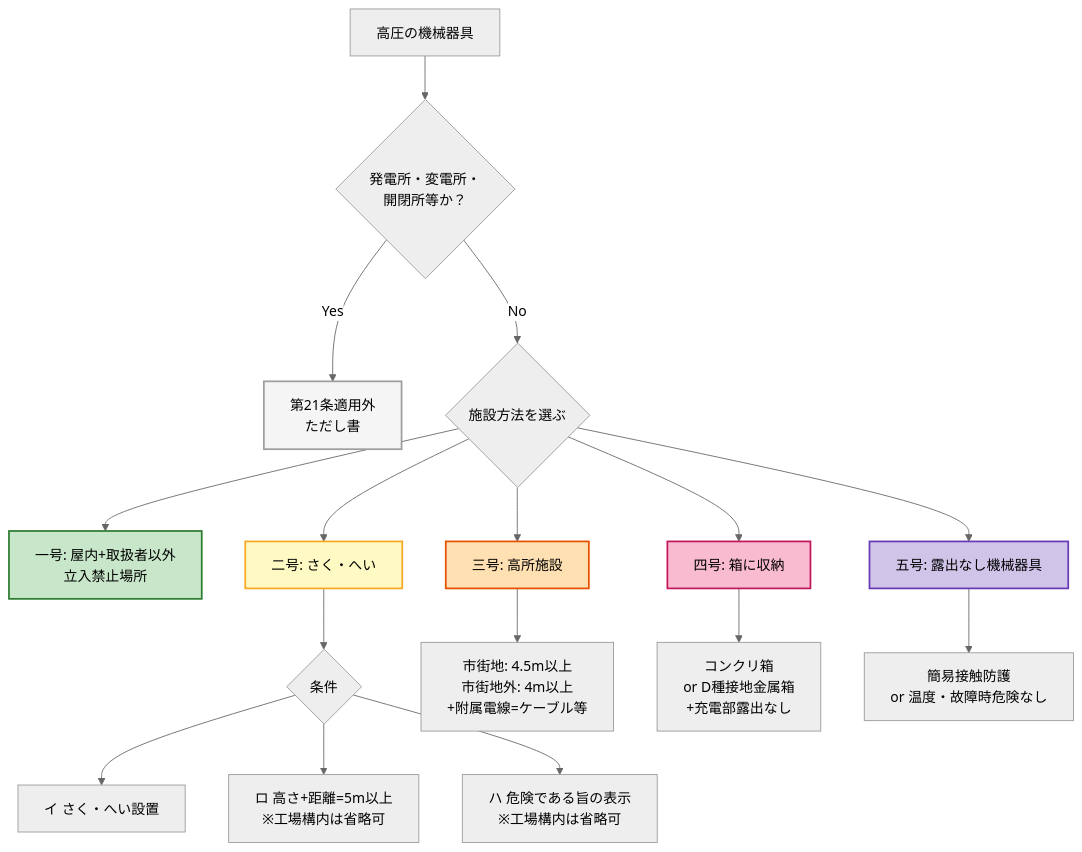
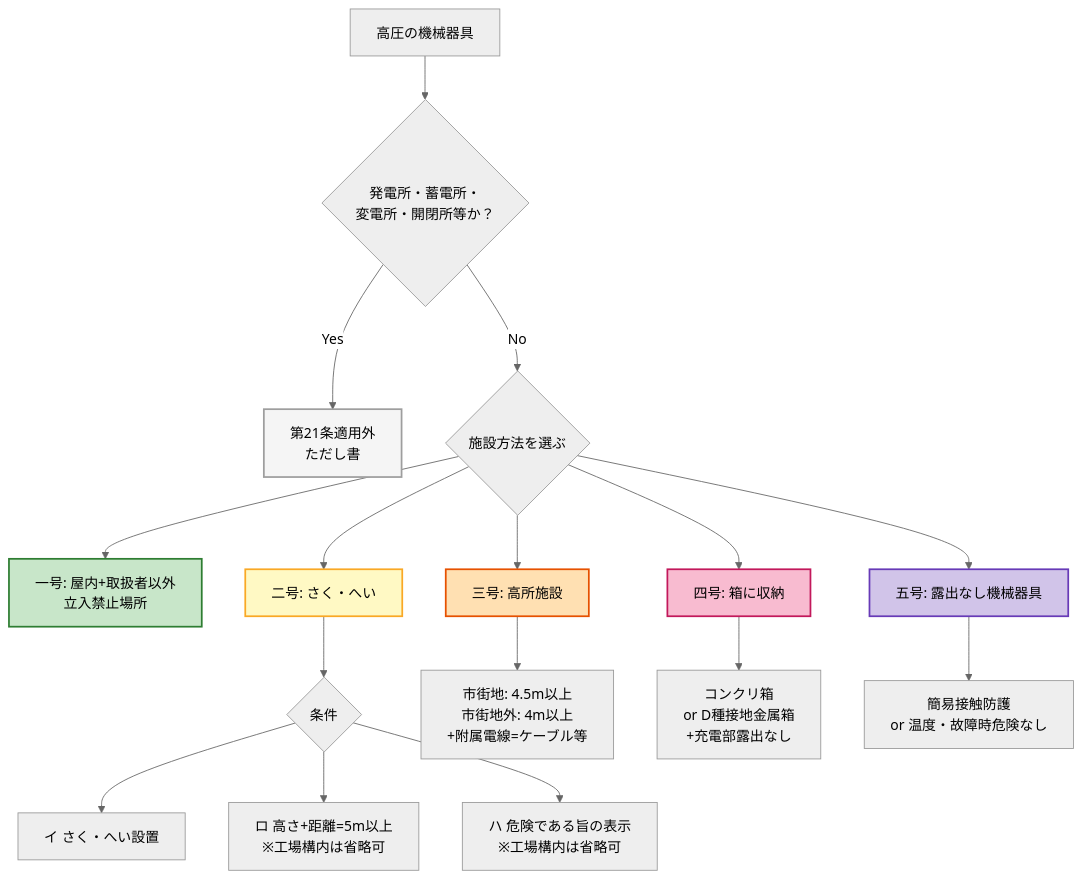
One commit to kfurufuru/denken-wiki changed the diagram in docs/articles/kaishaku/21.md. Above: the diagram before and after it, drawn with Mermaid (neutral theme). The commit also changed other lines of this file and 152 other files, not shown here.

````diff
--- a/docs/articles/kaishaku/21.md
+++ b/docs/articles/kaishaku/21.md
@@ -317,25 +317,25 @@
 ```mermaid
 flowchart TD
-    Start[高圧の機械器具] --> Q0{発電所・変電所・<br/>開閉所等か？}
+    Start[高圧の機械器具] --> Q0{発電所・蓄電所・<br/>変電所・開閉所等か？}
     Q0 -->|Yes| Out[第21条適用外<br/>ただし書]
     Q0 -->|No| Q1{施設方法を選ぶ}
     Q1 --> M1[一号: 屋内+取扱者以外<br/>立入禁止場所]
     Q1 --> M2[二号: さく・へい]
     Q1 --> M3[三号: 高所施設]
     Q1 --> M4[四号: 箱に収納]
     Q1 --> M5[五号: 露出なし機械器具]
     M2 --> M2c{条件}
     M2c --> M2a[イ さく・へい設置]
     M2c --> M2b[ロ 高さ+距離=5m以上<br/>※工場構内は省略可]
     M2c --> M2d[ハ 危険である旨の表示<br/>※工場構内は省略可]
     M3 --> M3c[市街地: 4.5m以上<br/>市街地外: 4m以上<br/>+附属電線=ケーブル等]
     M4 --> M4c[コンクリ箱<br/>or D種接地金属箱<br/>+充電部露出なし]
     M5 --> M5c[簡易接触防護<br/>or 温度・故障時危険なし]
 
     style Out fill:#f5f5f5,stroke:#9e9e9e,stroke-width:2px
     style M1 fill:#c8e6c9,stroke:#2e7d32,stroke-width:2px
     style M2 fill:#fff9c4,stroke:#f9a825,stroke-width:2px
     style M3 fill:#ffe0b2,stroke:#e65100,stroke-width:2px
     style M4 fill:#f8bbd0,stroke:#c2185b,stroke-width:2px
     style M5 fill:#d1c4e9,stroke:#673ab7,stroke-width:2px
 ```
````
